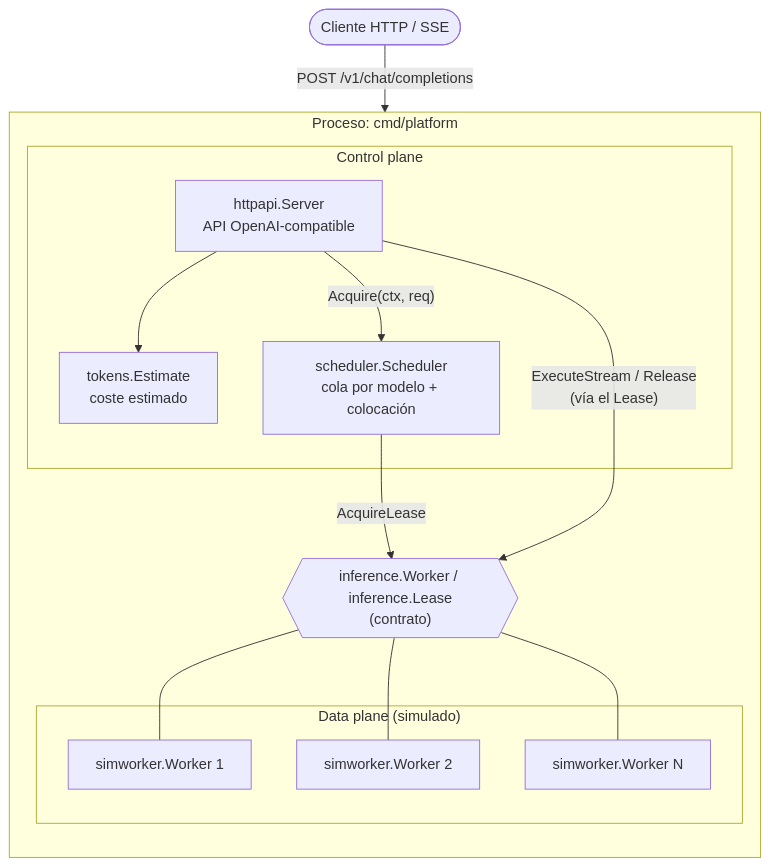
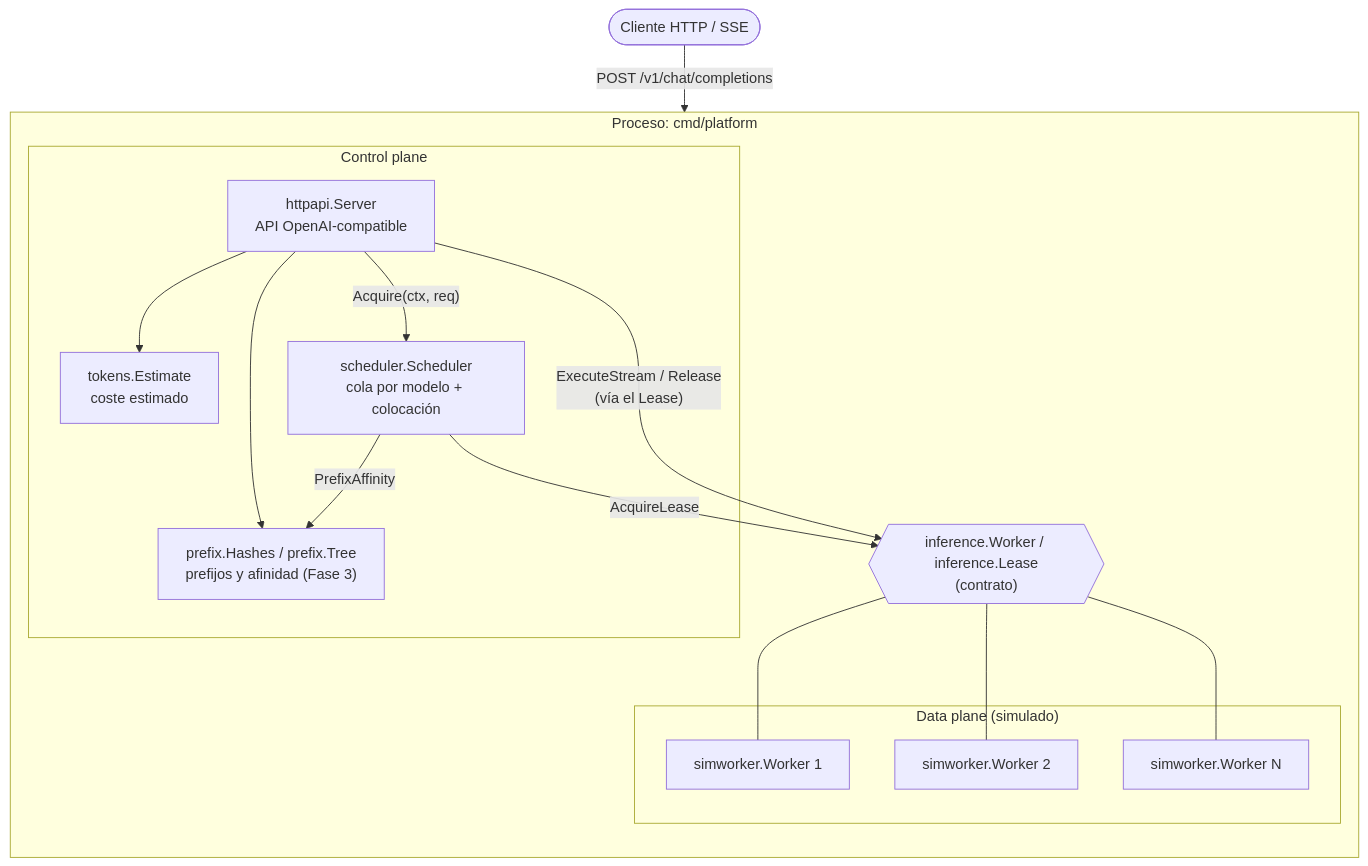
One commit to esnchez/llm-inference-platform changed the first of 2 diagrams in docs/servicio/01-arquitectura.md. Above: the diagram before and after it, drawn with Mermaid. The commit also changed other lines of this file and 26 other files, not shown here.

````diff
--- a/docs/servicio/01-arquitectura.md
+++ b/docs/servicio/01-arquitectura.md
@@ -7,26 +7,28 @@
 ```mermaid
 flowchart TB
     client([Cliente HTTP / SSE])
 
     subgraph proc["Proceso: cmd/platform"]
         direction TB
         subgraph cp["Control plane"]
             api["httpapi.Server<br/>API OpenAI-compatible"]
             sched["scheduler.Scheduler<br/>cola por modelo + colocación"]
             tok["tokens.Estimate<br/>coste estimado"]
+            pfx["prefix.Hashes / prefix.Tree<br/>prefijos y afinidad (Fase 3)"]
         end
         subgraph dp["Data plane (simulado)"]
             w1["simworker.Worker 1"]
             w2["simworker.Worker 2"]
             w3["simworker.Worker N"]
         end
         contract{{"inference.Worker / inference.Lease<br/>(contrato)"}}
     end
 
     client -- "POST /v1/chat/completions" --> api
-    api --> tok
+    api --> tok & pfx
     api -- "Acquire(ctx, req)" --> sched
+    sched -- "PrefixAffinity" --> pfx
     sched -- "AcquireLease" --> contract
     contract --- w1 & w2 & w3
     api -- "ExecuteStream / Release<br/>(vía el Lease)" --> contract
 ```
````
